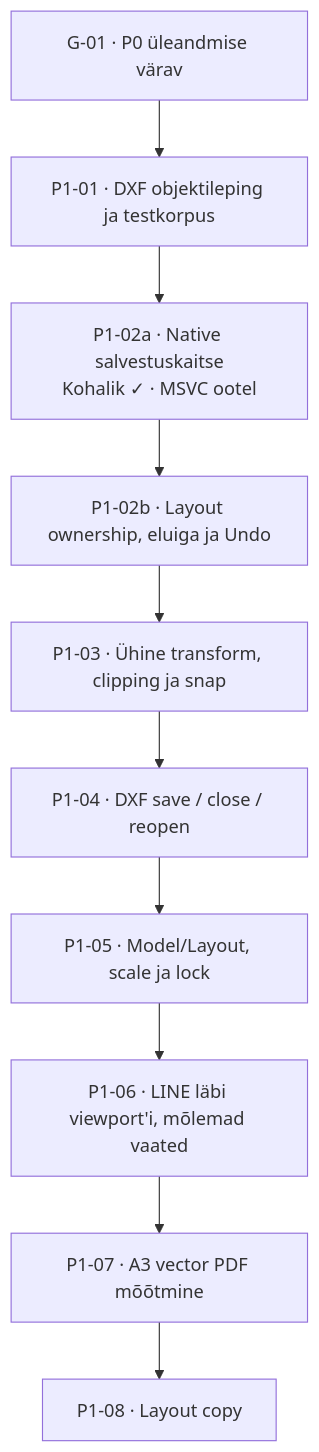
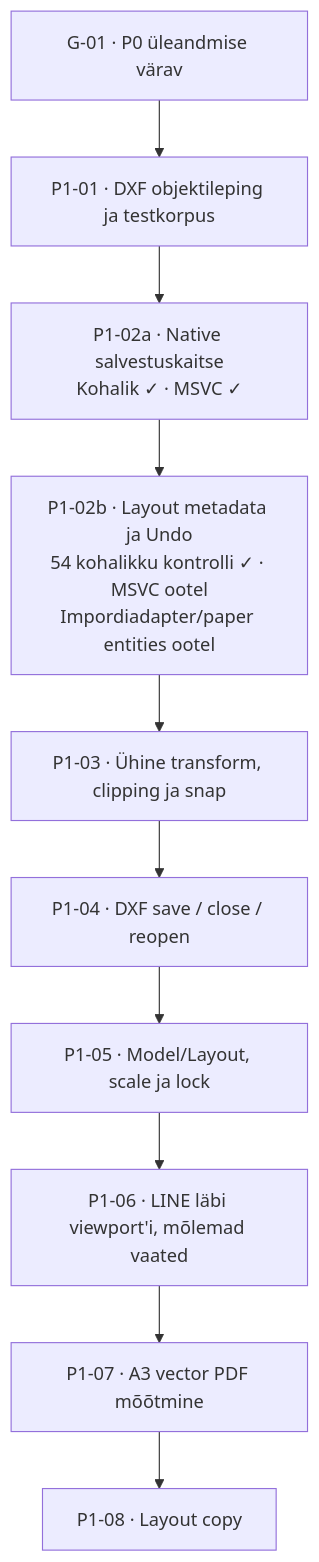
One commit to T3stin-svg/kuubik-draw-native changed the second of 2 diagrams in docs/ROADMAP.md. Above: the diagram before and after it, drawn with Mermaid. The commit also changed other lines of this file and 19 other files, not shown here.

Commit message:
feat(core): own native layout metadata in shared undo history

````diff
--- a/docs/ROADMAP.md
+++ b/docs/ROADMAP.md
@@ -124,12 +134,12 @@
 ```mermaid
 flowchart TD
     G["G-01 · P0 üleandmise värav"] --> A["P1-01 · DXF objektileping ja testkorpus"]
-    A --> S["P1-02a · Native salvestuskaitse<br/>Kohalik ✓ · MSVC ootel"]
-    S --> B["P1-02b · Layout ownership, eluiga ja Undo"]
+    A --> S["P1-02a · Native salvestuskaitse<br/>Kohalik ✓ · MSVC ✓"]
+    S --> B["P1-02b · Layout metadata ja Undo<br/>54 kohalikku kontrolli ✓ · MSVC ootel<br/>Impordiadapter/paper entities ootel"]
     B --> C["P1-03 · Ühine transform, clipping ja snap"]
     C --> D["P1-04 · DXF save / close / reopen"]
     D --> E["P1-05 · Model/Layout, scale ja lock"]
     E --> F["P1-06 · LINE läbi viewport'i, mõlemad vaated"]
     F --> H["P1-07 · A3 vector PDF mõõtmine"]
     H --> I["P1-08 · Layout copy"]
 ```
````
